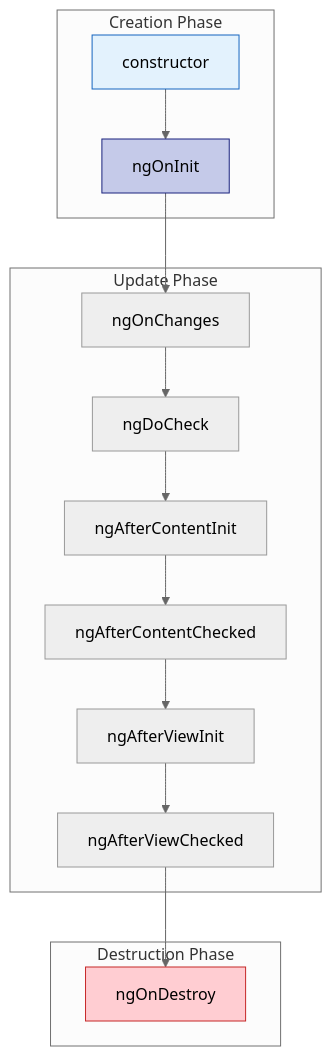
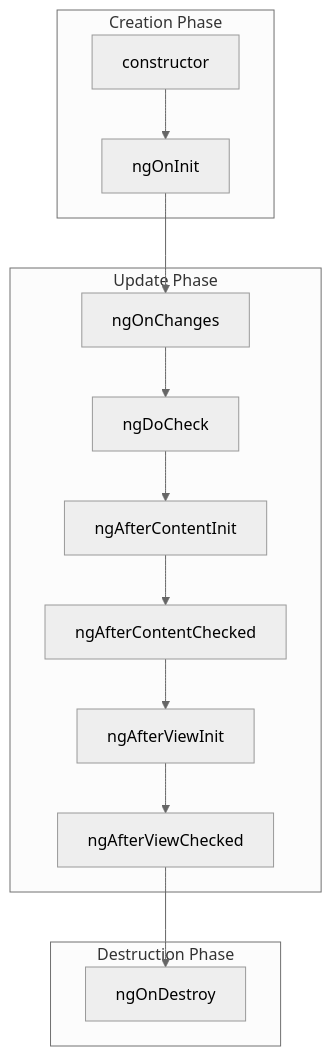
The seventh of 13 diagrams in docs/architecture/component-architecture.md (o2alexanderfedin/angular-cas-disot), drawn with Mermaid (neutral theme) before and after one commit. The commit also changed other lines of this file and 18 other files, not shown here.

````diff
--- a/docs/architecture/component-architecture.md
+++ b/docs/architecture/component-architecture.md
@@ -222,33 +219,33 @@
 ```mermaid
 graph TD
     subgraph "Creation Phase"
         CONSTRUCT[constructor]
         INIT[ngOnInit]
     end
     
     subgraph "Update Phase"
         CHANGES[ngOnChanges]
         CHECK[ngDoCheck]
         AFTER_INIT[ngAfterContentInit]
         AFTER_CHECK[ngAfterContentChecked]
         VIEW_INIT[ngAfterViewInit]
         VIEW_CHECK[ngAfterViewChecked]
     end
     
     subgraph "Destruction Phase"
         DESTROY[ngOnDestroy]
     end
     
     CONSTRUCT --> INIT
     INIT --> CHANGES
     CHANGES --> CHECK
     CHECK --> AFTER_INIT
     AFTER_INIT --> AFTER_CHECK
     AFTER_CHECK --> VIEW_INIT
     VIEW_INIT --> VIEW_CHECK
     VIEW_CHECK --> DESTROY
     
-    style CONSTRUCT fill:#e3f2fd,stroke:#1565c0
-    style INIT fill:#c5cae9,stroke:#1a237e
-    style DESTROY fill:#ffcdd2,stroke:#c62828
+    
+    
+    
 ```
````
